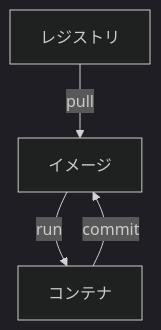
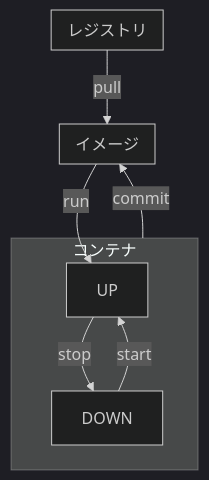
Before and after one commit to MrMocchy/MrMocchy.github.io: the diagram in docs/tech/docker.md, drawn with Mermaid. The commit also changed other lines of this file, not shown here.

````diff
--- a/docs/tech/docker.md
+++ b/docs/tech/docker.md
@@ -6,7 +6,15 @@
 ``` mermaid
 %%{init: {'theme':'dark'}}%%
-graph TD
-    R[レジストリ] --pull--> I[イメージ]
-    I --run--> C[コンテナ]
+graph TB
+    subgraph R[レジストリ]
+    end
+    subgraph I[イメージ]
+    end
+    subgraph C[コンテナ]
+        C_up[UP] --stop--> C_down[DOWN]
+        C_down --start--> C_up
+    end
+    R --pull--> I
+    I --run--> C_up
     C --commit--> I
 ```
````
